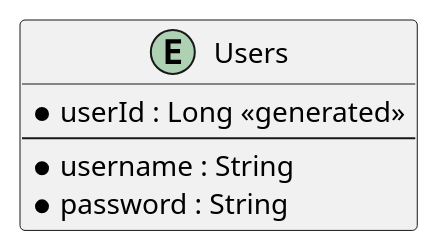
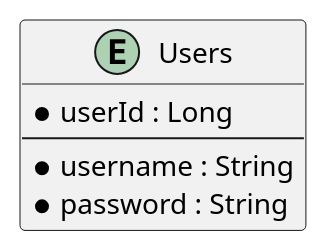
One commit to Dinesh-s95/AutoDoc.ai changed the fifth of 5 diagrams in identityprovider/documentation/detaileddesign.adoc. Above: the diagram before and after it, drawn with PlantUML. The commit also changed other lines of this file and 2 other files, not shown here.

Commit message:
Auto-generated documentation by AutoDoc.AI

````diff
--- a/identityprovider/documentation/detaileddesign.adoc
+++ b/identityprovider/documentation/detaileddesign.adoc
@@ -246,11 +280,12 @@
-```plantuml
+[plantuml, entity-relationship-diagram, png]
+----
 @startuml
-entity "Users" {
-  * userId : Long <<generated>>
+entity Users {
+  * userId : Long
   --
   * username : String
   * password : String
 }
 
 @enduml
-```
+----
````
